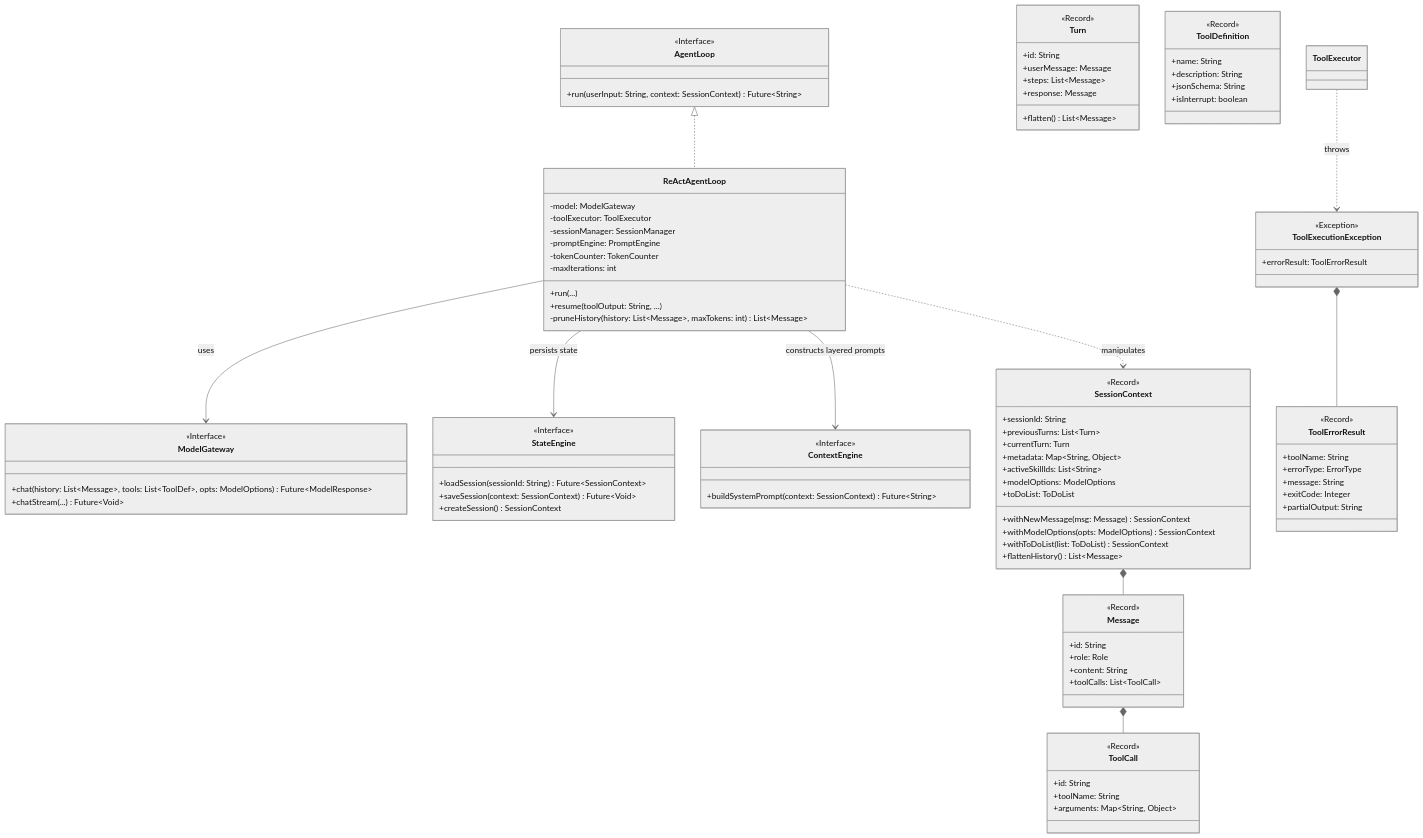
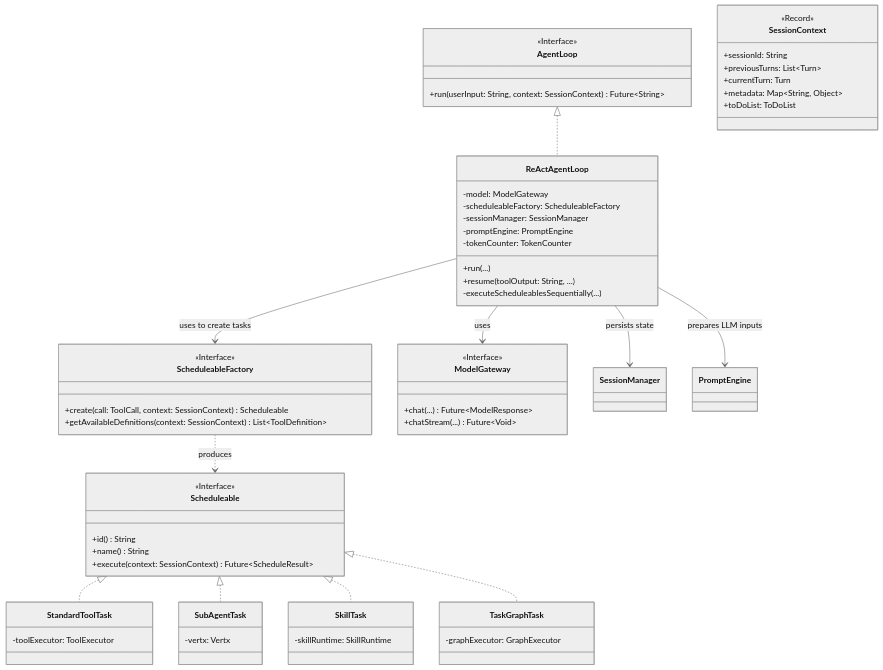
The first of 3 diagrams in docs/CORE_KERNEL_DESIGN.md (stream-iori/ganglia), drawn with Mermaid (neutral theme) before and after one commit. The commit also changed other lines of this file and 52 other files, not shown here.

````diff
--- a/docs/CORE_KERNEL_DESIGN.md
+++ b/docs/CORE_KERNEL_DESIGN.md
@@ -19,34 +19,55 @@
     
     class ReActAgentLoop {
         -model: ModelGateway
-        -toolExecutor: ToolExecutor
+        -scheduleableFactory: ScheduleableFactory
         -sessionManager: SessionManager
         -promptEngine: PromptEngine
         -tokenCounter: TokenCounter
-        -maxIterations: int
         +run(...)
         +resume(toolOutput: String, ...)
-        -pruneHistory(history: List~Message~, maxTokens: int) List~Message~
+        -executeScheduleablesSequentially(...)
     }
     
     AgentLoop <|.. ReActAgentLoop
     
+    class ScheduleableFactory {
+        <<Interface>>
+        +create(call: ToolCall, context: SessionContext) Scheduleable
+        +getAvailableDefinitions(context: SessionContext) List~ToolDefinition~
+    }
+
+    class Scheduleable {
+        <<Interface>>
+        +id() String
+        +name() String
+        +execute(context: SessionContext) Future~ScheduleResult~
+    }
+
+    class StandardToolTask {
+        -toolExecutor: ToolExecutor
+    }
+    class SubAgentTask {
+        -vertx: Vertx
+    }
+    class SkillTask {
+        -skillRuntime: SkillRuntime
+    }
+    class TaskGraphTask {
+        -graphExecutor: GraphExecutor
+    }
+
+    Scheduleable <|.. StandardToolTask
+    Scheduleable <|.. SubAgentTask
+    Scheduleable <|.. SkillTask
+    Scheduleable <|.. TaskGraphTask
+
+    ReActAgentLoop --> ScheduleableFactory : uses to create tasks
+    ScheduleableFactory ..> Scheduleable : produces
+    
     class ModelGateway {
         <<Interface>>
-        +chat(history: List~Message~, tools: List~ToolDef~, opts: ModelOptions) Future~ModelResponse~
+        +chat(...) Future~ModelResponse~
         +chatStream(...) Future~Void~
-    }
-    
-    class StateEngine {
-        <<Interface>>
-        +loadSession(sessionId: String) Future~SessionContext~
-        +saveSession(context: SessionContext) Future~Void~
-        +createSession() SessionContext
-    }
-    
-    class ContextEngine {
-        <<Interface>>
-        +buildSystemPrompt(context: SessionContext) Future~String~
     }
     
     class SessionContext {
@@ -55,68 +76,10 @@
         +previousTurns: List~Turn~
         +currentTurn: Turn
         +metadata: Map~String, Object~
-        +activeSkillIds: List~String~
-        +modelOptions: ModelOptions
         +toDoList: ToDoList
-        +withNewMessage(msg: Message) SessionContext
-        +withModelOptions(opts: ModelOptions) SessionContext
-        +withToDoList(list: ToDoList) SessionContext
-        +flattenHistory() List~Message~
     }
 
-    class Turn {
-        <<Record>>
-        +id: String
-        +userMessage: Message
-        +steps: List~Message~
-        +response: Message
-        +flatten() List~Message~
-    }
-    
-    class Message {
-        <<Record>>
-        +id: String
-        +role: Role
-        +content: String
-        +toolCalls: List~ToolCall~
-    }
-    
-    class ToolCall {
-        <<Record>>
-        +id: String
-        +toolName: String
-        +arguments: Map~String, Object~
-    }
-
-    class ToolDefinition {
-        <<Record>>
-        +name: String
-        +description: String
-        +jsonSchema: String
-        +isInterrupt: boolean
-    }
-
-    class ToolErrorResult {
-        <<Record>>
-        +toolName: String
-        +errorType: ErrorType
-        +message: String
-        +exitCode: Integer
-        +partialOutput: String
-    }
-
-    class ToolExecutionException {
-        <<Exception>>
-        +errorResult: ToolErrorResult
-    }
-
-    ToolExecutionException *-- ToolErrorResult
-    ToolExecutor ..> ToolExecutionException : throws
-
     ReActAgentLoop --> ModelGateway : uses
-    ReActAgentLoop --> StateEngine : persists state
-    ReActAgentLoop --> ContextEngine : constructs layered prompts
-    ReActAgentLoop ..> SessionContext : manipulates
-    SessionContext *-- Message
-    Message *-- ToolCall
+    ReActAgentLoop --> SessionManager : persists state
+    ReActAgentLoop --> PromptEngine : prepares LLM inputs
 ```
````
